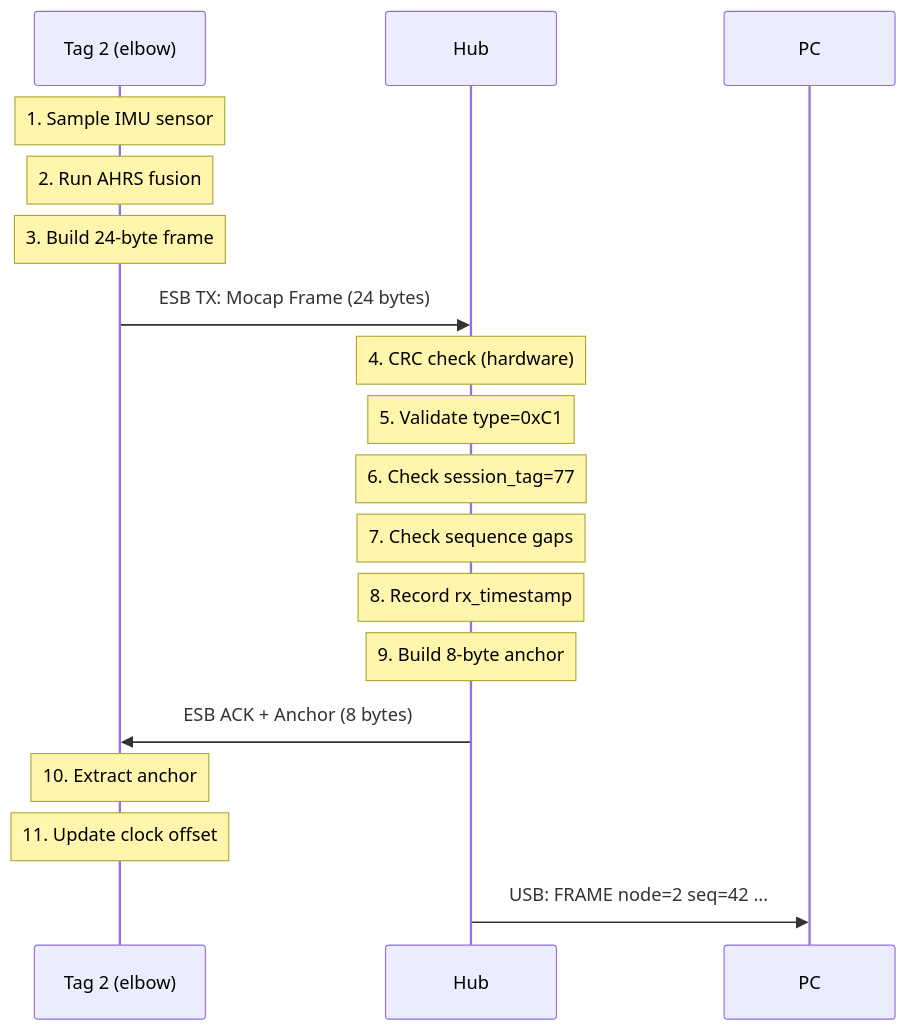
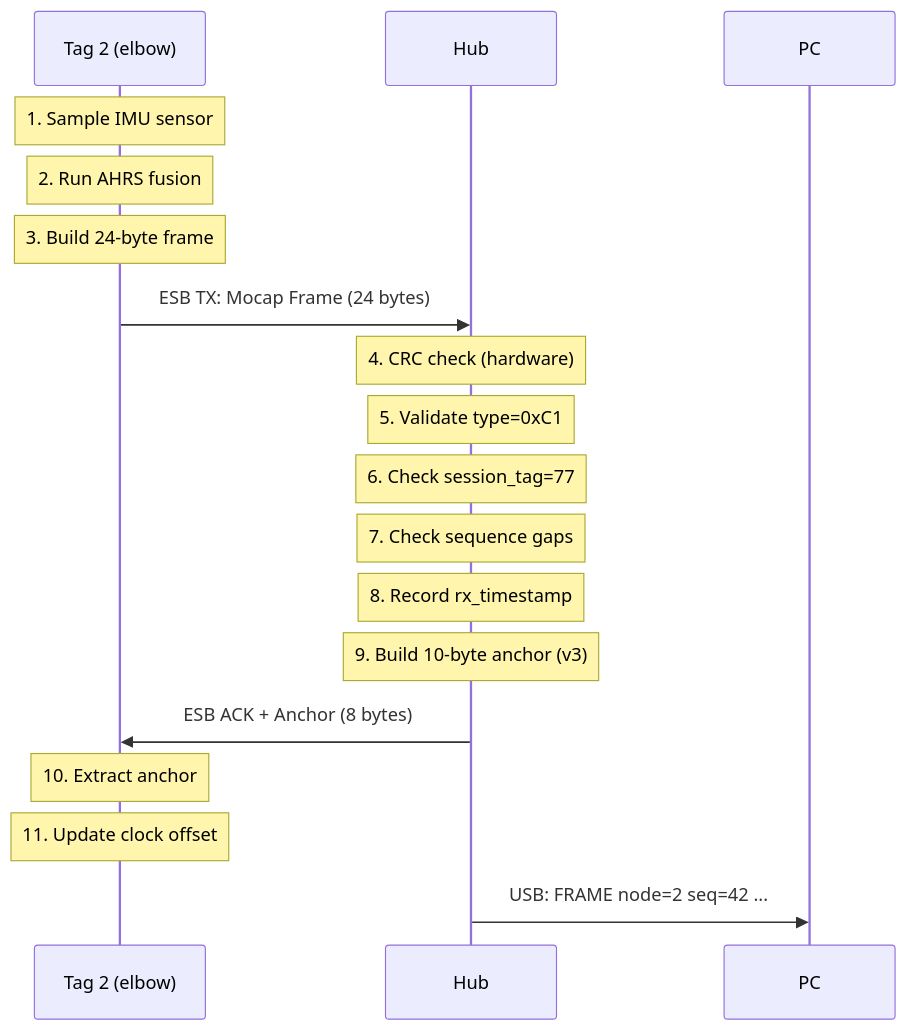
The first of 3 diagrams in docs/RF_PROTOCOL_REFERENCE.md (Mrunmoy/HelixDrift), drawn with Mermaid before and after one commit. The commit also changed other lines of this file and 4 other files, not shown here.

First line of the commit message:
m8: docs — Hub-relay OTA as current primary + updated anchor wire format

````diff
--- a/docs/RF_PROTOCOL_REFERENCE.md
+++ b/docs/RF_PROTOCOL_REFERENCE.md
@@ -600,21 +613,21 @@
 ```mermaid
 sequenceDiagram
     participant Tag as Tag 2 (elbow)
     participant Hub as Hub
     participant PC as PC
 
     Note over Tag: 1. Sample IMU sensor
     Note over Tag: 2. Run AHRS fusion
     Note over Tag: 3. Build 24-byte frame
     Tag->>Hub: ESB TX: Mocap Frame (24 bytes)
     Note over Hub: 4. CRC check (hardware)
     Note over Hub: 5. Validate type=0xC1
     Note over Hub: 6. Check session_tag=77
     Note over Hub: 7. Check sequence gaps
     Note over Hub: 8. Record rx_timestamp
-    Note over Hub: 9. Build 8-byte anchor
+    Note over Hub: 9. Build 10-byte anchor (v3)
     Hub->>Tag: ESB ACK + Anchor (8 bytes)
     Note over Tag: 10. Extract anchor
     Note over Tag: 11. Update clock offset
     Hub->>PC: USB: FRAME node=2 seq=42 ...
 ```
````
